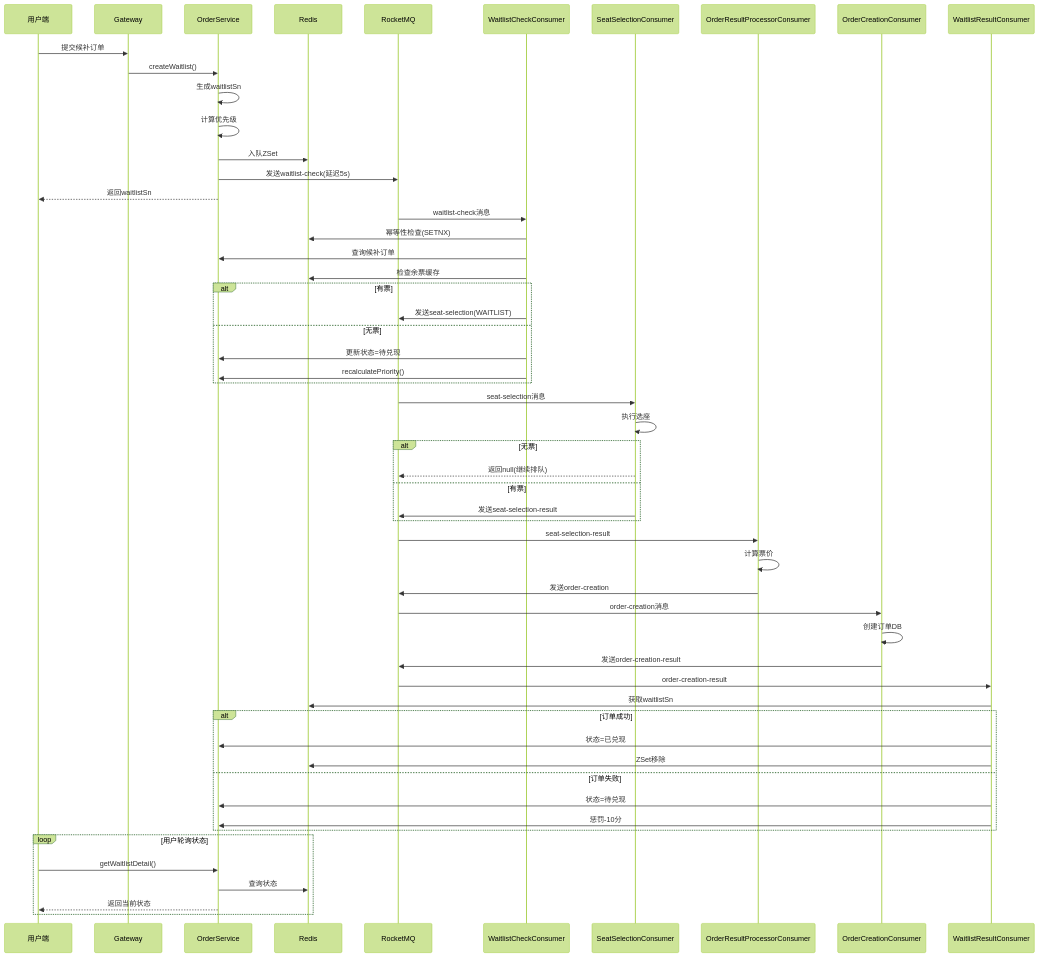
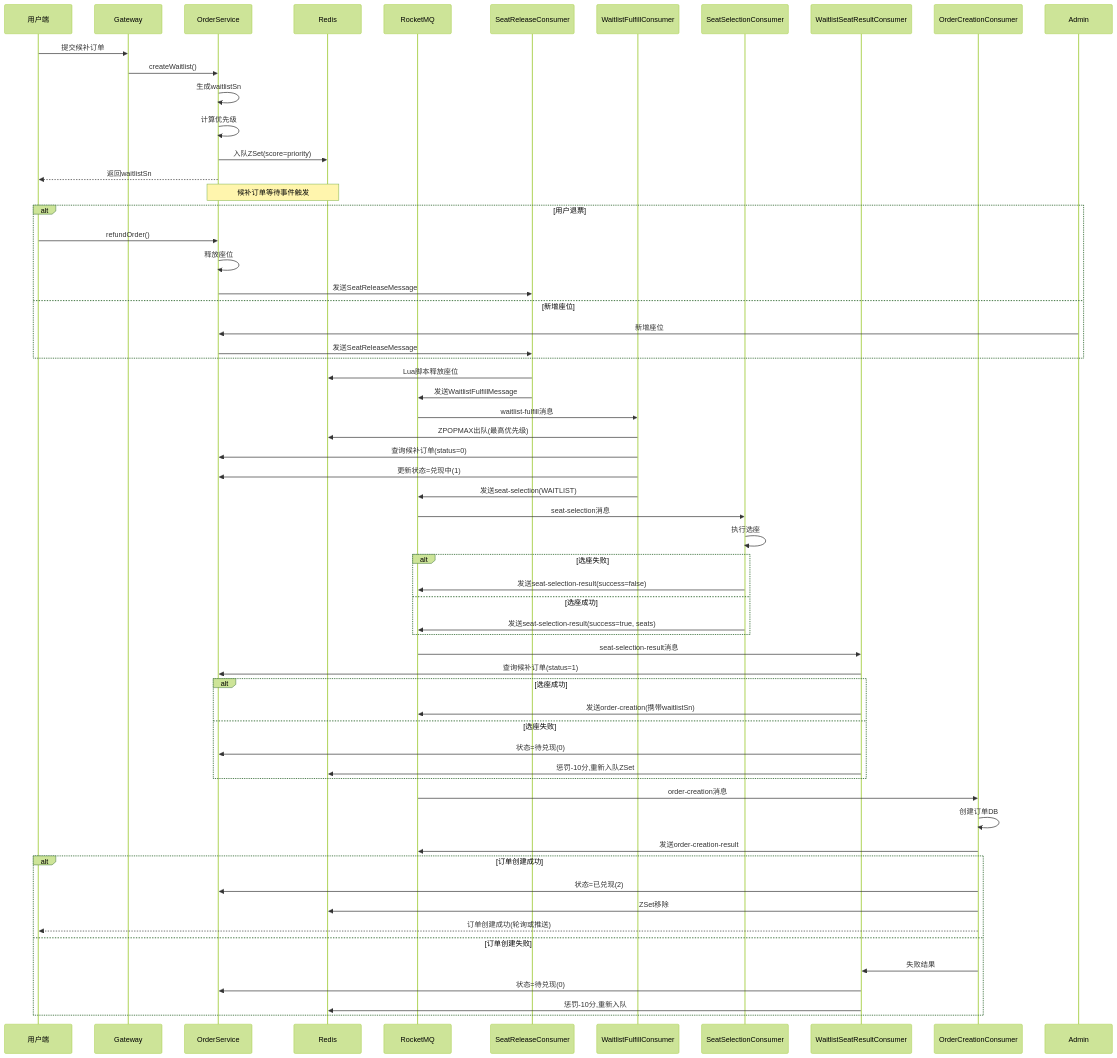
The fifth of 8 diagrams in GraduationThesis/第3章_需求分析.md (Tianmingla/12306), drawn with Mermaid (forest theme) before and after one commit. The commit also changed other lines of this file and 1 other file, not shown here.

Commit message:
更新文档

````diff
--- a/GraduationThesis/第3章_需求分析.md
+++ b/GraduationThesis/第3章_需求分析.md
@@ -339,69 +339,79 @@
 ```mermaid
 sequenceDiagram
     participant U as 用户端
     participant G as Gateway
     participant OS as OrderService
     participant R as Redis
     participant M as RocketMQ
-    participant WCC as WaitlistCheckConsumer
+    participant SR as SeatReleaseConsumer
+    participant WF as WaitlistFulfillConsumer
     participant SC as SeatSelectionConsumer
-    participant ORPC as OrderResultProcessorConsumer
+    participant WSRC as WaitlistSeatResultConsumer
     participant OCC as OrderCreationConsumer
-    participant WRC as WaitlistResultConsumer
 
     %% 提交候补
     U->>G: 提交候补订单
     G->>OS: createWaitlist()
     OS->>OS: 生成waitlistSn
     OS->>OS: 计算优先级
-    OS->>R: 入队ZSet
-    OS->>M: 发送waitlist-check(延迟5s)
+    OS->>R: 入队ZSet(score=priority)
     OS-->>U: 返回waitlistSn
-    
-    %% 候补检查
-    M->>WCC: waitlist-check消息
-    WCC->>R: 幂等性检查(SETNX)
-    WCC->>OS: 查询候补订单
-    WCC->>R: 检查余票缓存
-    alt 有票
-        WCC->>M: 发送seat-selection(WAITLIST)
-    else 无票
-        WCC->>OS: 更新状态=待兑现
-        WCC->>OS: recalculatePriority()
+
+    %% 等待事件触发（退票/新增座位）
+    Note over OS,R: 候补订单等待事件触发
+
+    %% 座位释放触发候补
+    alt 用户退票
+        U->>OS: refundOrder()
+        OS->>OS: 释放座位
+        OS->>SR: 发送SeatReleaseMessage
+    else 新增座位
+        Admin->>OS: 新增座位
+        OS->>SR: 发送SeatReleaseMessage
     end
-    
+
+    SR->>R: Lua脚本释放座位
+    SR->>M: 发送WaitlistFulfillMessage
+
+    %% 候补兑现
+    M->>WF: waitlist-fulfill消息
+    WF->>R: ZPOPMAX出队(最高优先级)
+    WF->>OS: 查询候补订单(status=0)
+    WF->>OS: 更新状态=兑现中(1)
+    WF->>M: 发送seat-selection(WAITLIST)
+
     %% 选座处理
     M->>SC: seat-selection消息
     SC->>SC: 执行选座
-    alt 无票
-        SC-->>M: 返回null(继续排队)
-    else 有票
-        SC->>M: 发送seat-selection-result
+    alt 选座失败
+        SC->>M: 发送seat-selection-result(success=false)
+    else 选座成功
+        SC->>M: 发送seat-selection-result(success=true, seats)
     end
-    
+
+    %% 候补结果处理
+    M->>WSRC: seat-selection-result消息
+    WSRC->>OS: 查询候补订单(status=1)
+    alt 选座成功
+        WSRC->>M: 发送order-creation(携带waitlistSn)
+    else 选座失败
+        WSRC->>OS: 状态=待兑现(0)
+        WSRC->>R: 惩罚-10分,重新入队ZSet
+    end
+
     %% 订单创建
-    M->>ORPC: seat-selection-result
-    ORPC->>ORPC: 计算票价
-    ORPC->>M: 发送order-creation
     M->>OCC: order-creation消息
     OCC->>OCC: 创建订单DB
     OCC->>M: 发送order-creation-result
-    
-    %% 结果处理
-    M->>WRC: order-creation-result
-    WRC->>R: 获取waitlistSn
-    alt 订单成功
-        WRC->>OS: 状态=已兑现
-        WRC->>R: ZSet移除
-    else 订单失败
-        WRC->>OS: 状态=待兑现
-        WRC->>OS: 惩罚-10分
-    end
-    
-    %% 轮询查询
-    loop 用户轮询状态
-        U->>OS: getWaitlistDetail()
-        OS->>R: 查询状态
-        OS-->>U: 返回当前状态
+
+    %% 订单结果处理（在OCC中同步完成）
+    alt 订单创建成功
+        OCC->>OS: 状态=已兑现(2)
+        OCC->>R: ZSet移除
+        OCC-->>U: 订单创建成功(轮询或推送)
+    else 订单创建失败
+        OCC->>WSRC: 失败结果
+        WSRC->>OS: 状态=待兑现(0)
+        WSRC->>R: 惩罚-10分,重新入队
     end
 ```
````
